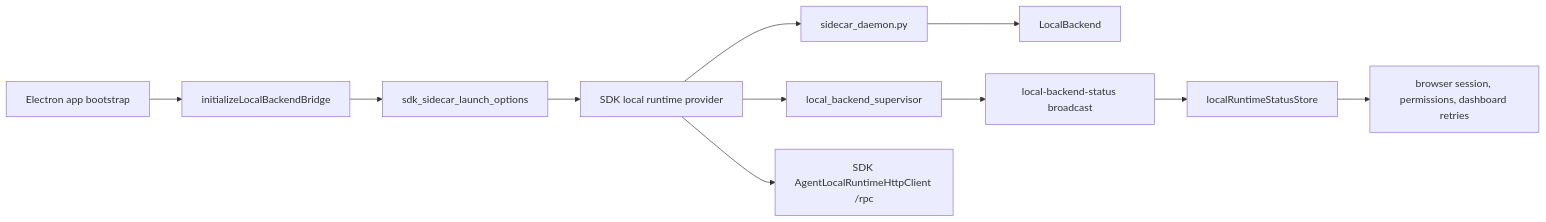
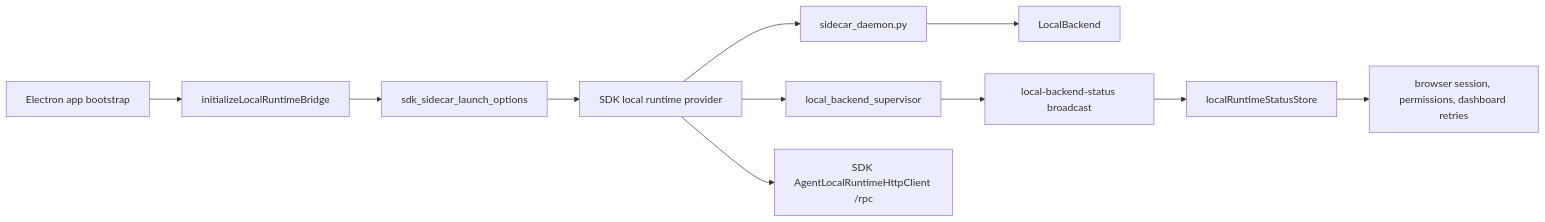
The diagram in docs/frontend/main/local_backend/process_lifecycle_change_workflow.md (buiilding/My_Own_OpenClaw), drawn with Mermaid before and after one commit. The commit also changed other lines of this file and 7 other files, not shown here.

First line of the commit message:
docs(main): prefer local runtime bridge lifecycle names

````diff
--- a/docs/frontend/main/local_backend/process_lifecycle_change_workflow.md
+++ b/docs/frontend/main/local_backend/process_lifecycle_change_workflow.md
@@ -18,13 +18,13 @@
 ```mermaid
 flowchart LR
-  AppBootstrap["Electron app bootstrap"] --> BridgeInit["initializeLocalBackendBridge"]
+  AppBootstrap["Electron app bootstrap"] --> BridgeInit["initializeLocalRuntimeBridge"]
   BridgeInit --> LaunchOptions["sdk_sidecar_launch_options"]
   LaunchOptions --> SDKProvider["SDK local runtime provider"]
   SDKProvider --> Daemon["sidecar_daemon.py"]
   Daemon --> LocalBackend["LocalBackend"]
   SDKProvider --> Supervisor["local_backend_supervisor"]
   Supervisor --> Status["local-backend-status broadcast"]
   Status --> RendererStore["localRuntimeStatusStore"]
   RendererStore --> Consumers["browser session, permissions, dashboard retries"]
   SDKProvider --> Rpc["SDK AgentLocalRuntimeHttpClient /rpc"]
 ```
````
